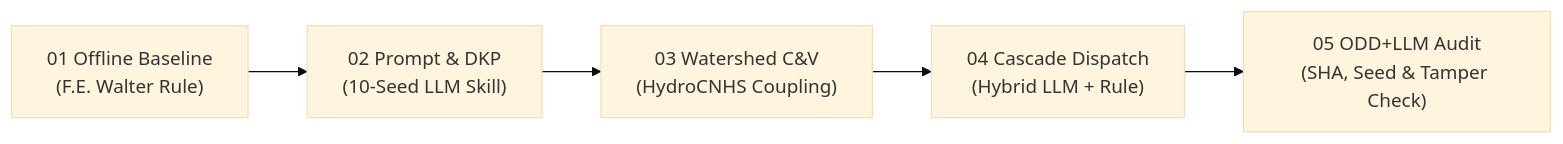
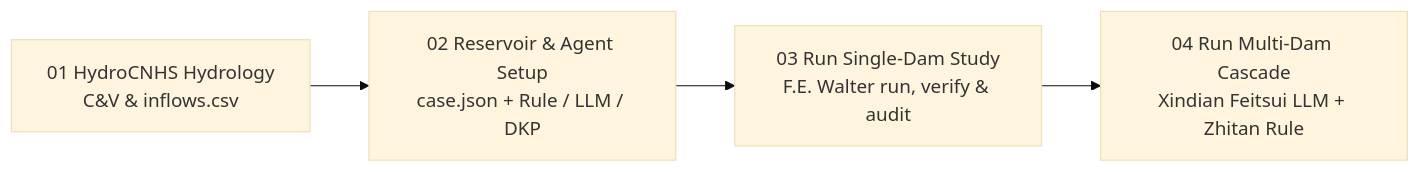
Before and after one commit to WenyuChiou/HydroReOpLLM: the diagram in tutorials/README.md, drawn with Mermaid (base theme). The commit also changed other lines of this file and 81 other files, not shown here.

Commit message:
docs,tutorials,core: streamline manual, remove Hourly GWLF & ODD+LLM, add 4-step pipeline (#121)

````diff
--- a/tutorials/README.md
+++ b/tutorials/README.md
@@ -13,7 +7,6 @@
 ```mermaid
 flowchart LR
-    M1["01 Offline Baseline<br/>(F.E. Walter Rule)"] --> M2["02 Prompt & DKP<br/>(10-Seed LLM Skill)"]
-    M2 --> M3["03 Watershed C&V<br/>(HydroCNHS Coupling)"]
-    M3 --> M4["04 Cascade Dispatch<br/>(Hybrid LLM + Rule)"]
-    M4 --> M5["05 ODD+LLM Audit<br/>(SHA, Seed & Tamper Check)"]
+    T1["01 HydroCNHS Hydrology<br/>C&V & inflows.csv"] --> T2["02 Reservoir & Agent Setup<br/>case.json + Rule / LLM / DKP"]
+    T2 --> T3["03 Run Single-Dam Study<br/>F.E. Walter run, verify & audit"]
+    T3 --> T4["04 Run Multi-Dam Cascade<br/>Xindian Feitsui LLM + Zhitan Rule"]
 ```
````
